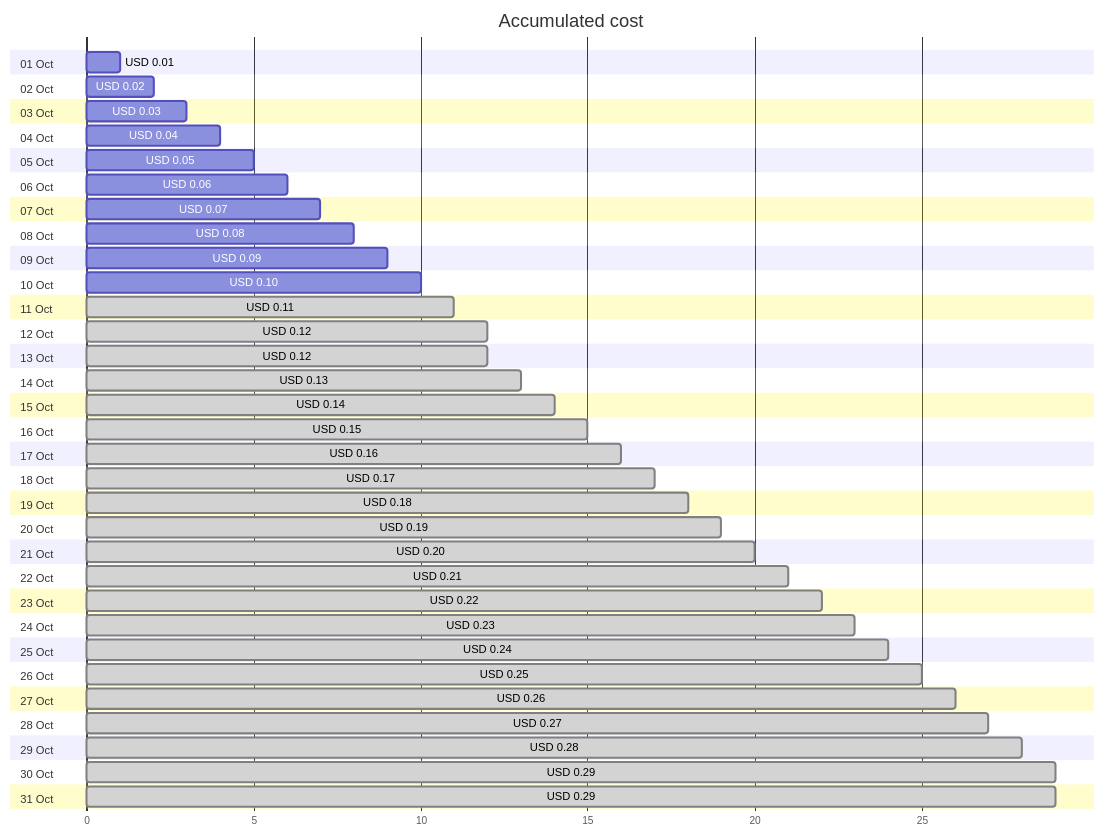
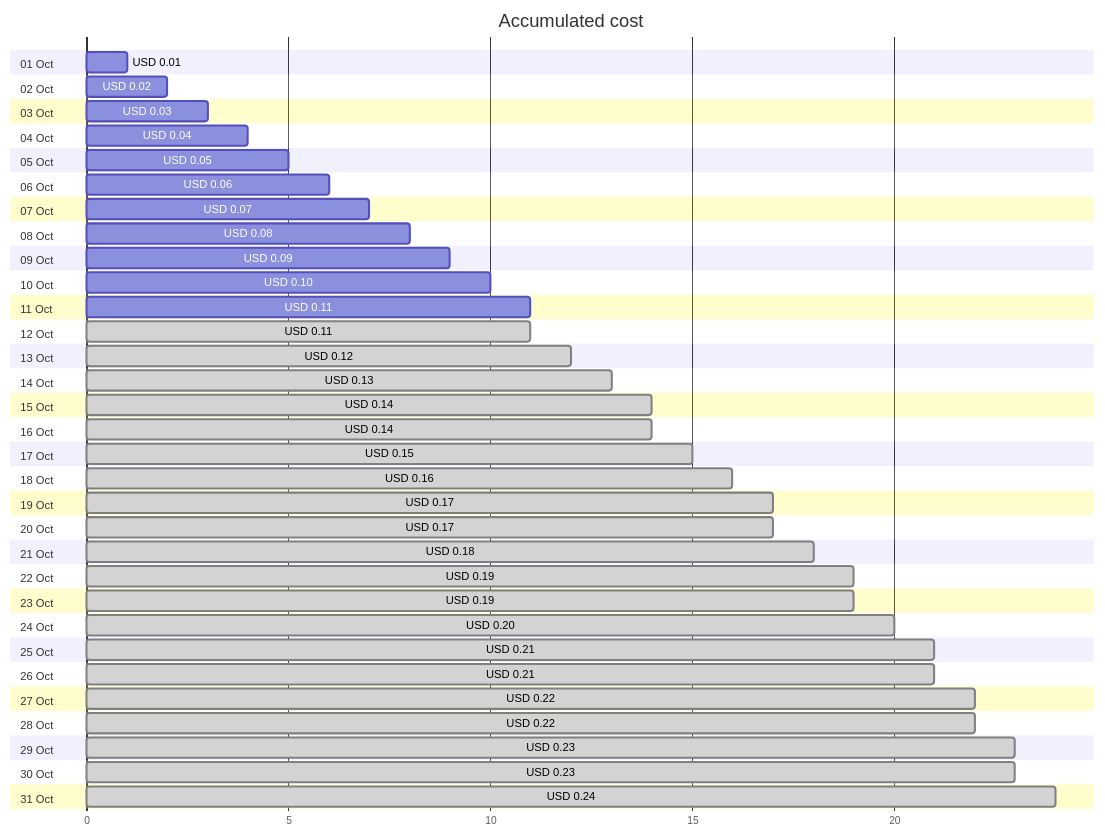
Before and after one commit to jpfulton/azure-personal-reports: the first of 4 diagrams in cost-reports/cloud-shell-storage-eastus/README.md, drawn with Mermaid. The commit also changed other lines of this file and 1 other file, not shown here.

````diff
--- a/cost-reports/cloud-shell-storage-eastus/README.md
+++ b/cost-reports/cloud-shell-storage-eastus/README.md
@@ -20,68 +20,68 @@
 ```mermaid
 gantt
    title Accumulated cost
    dateFormat  X
    axisFormat %s
    section 01 Oct
    USD 0.01 :0, 1
    section 02 Oct
    USD 0.02 :0, 2
    section 03 Oct
    USD 0.03 :0, 3
    section 04 Oct
    USD 0.04 :0, 4
    section 05 Oct
    USD 0.05 :0, 5
    section 06 Oct
    USD 0.06 :0, 6
    section 07 Oct
    USD 0.07 :0, 7
    section 08 Oct
    USD 0.08 :0, 8
    section 09 Oct
    USD 0.09 :0, 9
    section 10 Oct
    USD 0.10 :0, 10
    section 11 Oct
+   USD 0.11 :0, 11
+   section 12 Oct
    USD 0.11 : done, 0, 11
-   section 12 Oct
-   USD 0.12 : done, 0, 12
    section 13 Oct
    USD 0.12 : done, 0, 12
    section 14 Oct
    USD 0.13 : done, 0, 13
    section 15 Oct
    USD 0.14 : done, 0, 14
    section 16 Oct
+   USD 0.14 : done, 0, 14
+   section 17 Oct
    USD 0.15 : done, 0, 15
-   section 17 Oct
+   section 18 Oct
    USD 0.16 : done, 0, 16
-   section 18 Oct
+   section 19 Oct
    USD 0.17 : done, 0, 17
-   section 19 Oct
+   section 20 Oct
+   USD 0.17 : done, 0, 17
+   section 21 Oct
    USD 0.18 : done, 0, 18
-   section 20 Oct
+   section 22 Oct
    USD 0.19 : done, 0, 19
-   section 21 Oct
+   section 23 Oct
+   USD 0.19 : done, 0, 19
+   section 24 Oct
    USD 0.20 : done, 0, 20
-   section 22 Oct
+   section 25 Oct
    USD 0.21 : done, 0, 21
-   section 23 Oct
+   section 26 Oct
+   USD 0.21 : done, 0, 21
+   section 27 Oct
    USD 0.22 : done, 0, 22
-   section 24 Oct
+   section 28 Oct
+   USD 0.22 : done, 0, 22
+   section 29 Oct
    USD 0.23 : done, 0, 23
-   section 25 Oct
+   section 30 Oct
+   USD 0.23 : done, 0, 23
+   section 31 Oct
    USD 0.24 : done, 0, 24
-   section 26 Oct
-   USD 0.25 : done, 0, 25
-   section 27 Oct
-   USD 0.26 : done, 0, 26
-   section 28 Oct
-   USD 0.27 : done, 0, 27
-   section 29 Oct
-   USD 0.28 : done, 0, 28
-   section 30 Oct
-   USD 0.29 : done, 0, 29
-   section 31 Oct
-   USD 0.29 : done, 0, 29
 ```
````
